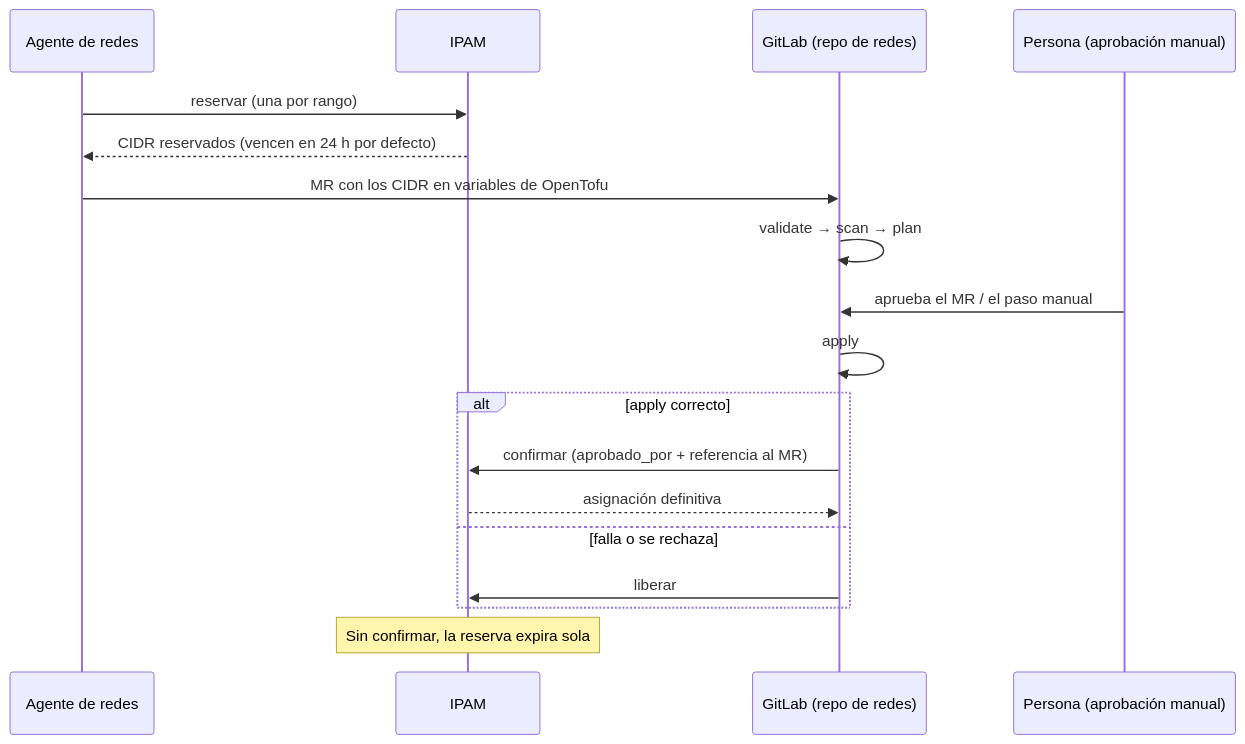
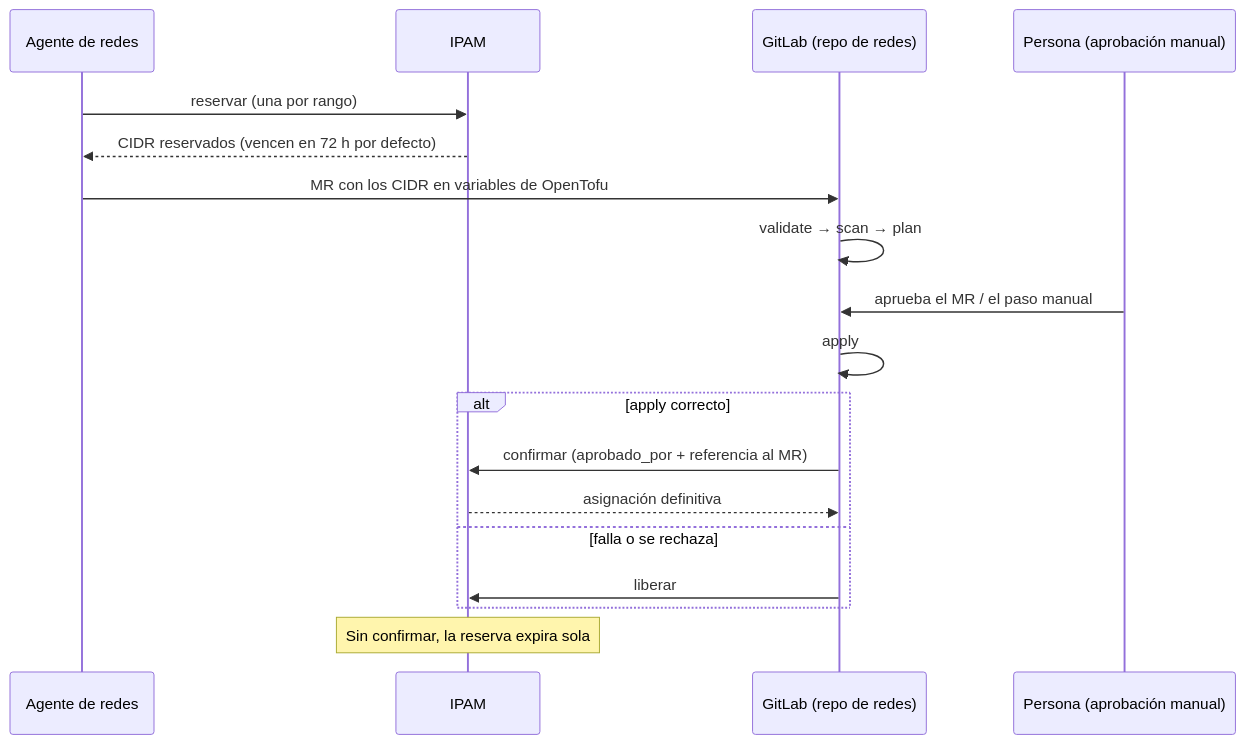
One commit to estratotechspa/ipam changed the second of 2 diagrams in docs/CONTRATO-YAML-REDES.md. Above: the diagram before and after it, drawn with Mermaid. The commit also changed other lines of this file and 41 other files, not shown here.

````diff
--- a/docs/CONTRATO-YAML-REDES.md
+++ b/docs/CONTRATO-YAML-REDES.md
@@ -51,20 +64,20 @@
 ```mermaid
 sequenceDiagram
   participant Ag as Agente de redes
   participant I as IPAM
   participant GL as GitLab (repo de redes)
   participant P as Persona (aprobación manual)
   Ag->>I: reservar (una por rango)
-  I-->>Ag: CIDR reservados (vencen en 24 h por defecto)
+  I-->>Ag: CIDR reservados (vencen en 72 h por defecto)
   Ag->>GL: MR con los CIDR en variables de OpenTofu
   GL->>GL: validate → scan → plan
   P->>GL: aprueba el MR / el paso manual
   GL->>GL: apply
   alt apply correcto
     GL->>I: confirmar (aprobado_por + referencia al MR)
     I-->>GL: asignación definitiva
   else falla o se rechaza
     GL->>I: liberar
   end
   Note over I: Sin confirmar, la reserva expira sola
 ```
````
